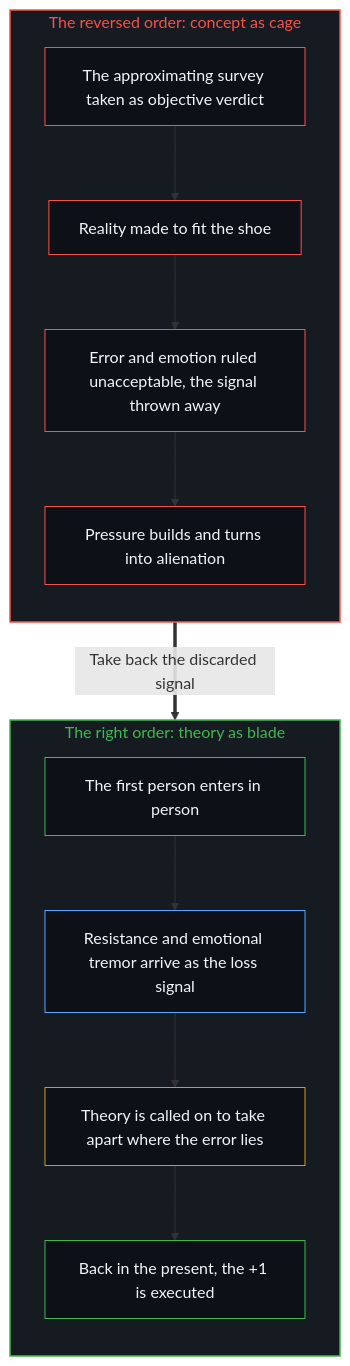
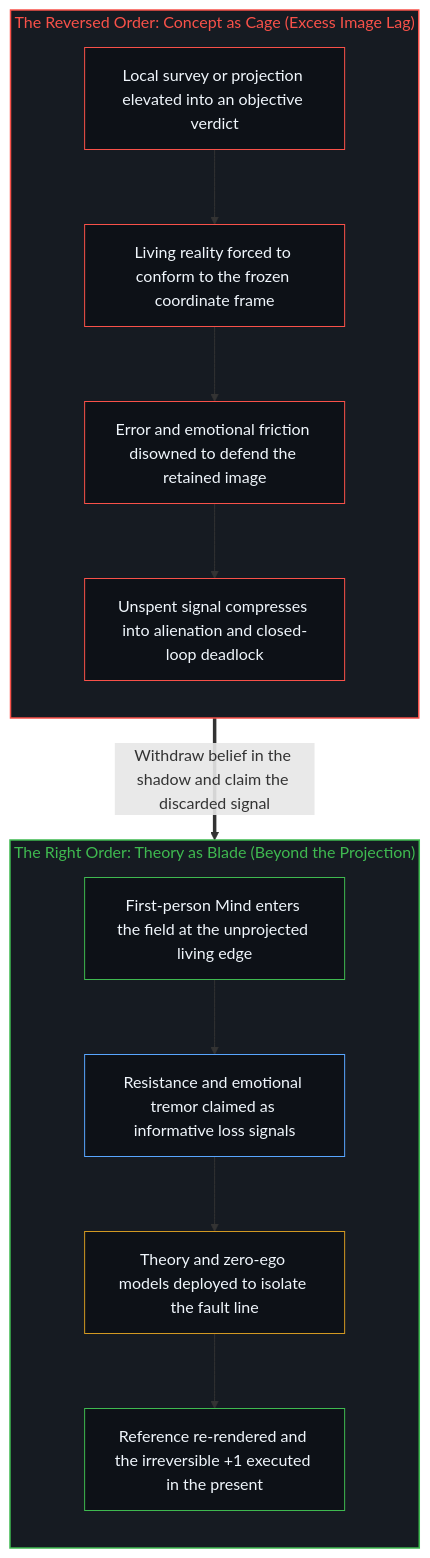
One commit to powerpig99/not-a-toe changed the second of 2 diagrams in content/posts/po-chu-gai-nian-de-jian-yue.md. Above: the diagram before and after it, drawn with Mermaid. The commit also changed other lines of this file and 1 other file, not shown here.

````diff
--- a/content/posts/po-chu-gai-nian-de-jian-yue.md
+++ b/content/posts/po-chu-gai-nian-de-jian-yue.md
@@ -126,30 +110,30 @@
 ```mermaid
 flowchart TD
-    subgraph S_Rev["The reversed order: concept as cage"]
+    subgraph S_Rev["The Reversed Order: Concept as Cage (Excess Image Lag)"]
         direction TB
-        R1["The approximating survey taken as objective verdict"]
-        R2["Reality made to fit the shoe"]
-        R3["Error and emotion ruled unacceptable, the signal thrown away"]
-        R4["Pressure builds and turns into alienation"]
+        R1["Local survey or projection elevated into an objective verdict"]
+        R2["Living reality forced to conform to the frozen coordinate frame"]
+        R3["Error and emotional friction disowned to defend the retained image"]
+        R4["Unspent signal compresses into alienation and closed-loop deadlock"]
     end
-    subgraph S_Right["The right order: theory as blade"]
+    subgraph S_Right["The Right Order: Theory as Blade (Beyond the Projection)"]
         direction TB
-        G1["The first person enters in person"]
-        G2["Resistance and emotional tremor arrive as the loss signal"]
-        G3["Theory is called on to take apart where the error lies"]
-        G4["Back in the present, the +1 is executed"]
+        G1["First-person Mind enters the field at the unprojected living edge"]
+        G2["Resistance and emotional tremor claimed as informative loss signals"]
+        G3["Theory and zero-ego models deployed to isolate the fault line"]
+        G4["Reference re-rendered and the irreversible +1 executed in the present"]
     end
     R1 --> R2 --> R3 --> R4
     G1 --> G2 --> G3 --> G4
-    R4 ==>|"Take back the discarded signal"| G1
+    R4 ==>|"Withdraw belief in the shadow and claim the discarded signal"| G1
     style S_Rev fill:#161b22,stroke:#f85149,stroke-width:1.5px,color:#f85149
     style S_Right fill:#161b22,stroke:#3fb950,stroke-width:1.5px,color:#3fb950
     style R1 fill:#0d1117,stroke:#f85149,stroke-width:1px,color:#f0f6fc
     style R2 fill:#0d1117,stroke:#f85149,stroke-width:1px,color:#f0f6fc
     style R3 fill:#0d1117,stroke:#f85149,stroke-width:1px,color:#f0f6fc
     style R4 fill:#0d1117,stroke:#f85149,stroke-width:1px,color:#f0f6fc
     style G1 fill:#0d1117,stroke:#3fb950,stroke-width:1px,color:#f0f6fc
     style G2 fill:#0d1117,stroke:#58a6ff,stroke-width:1px,color:#f0f6fc
     style G3 fill:#0d1117,stroke:#d29922,stroke-width:1px,color:#f0f6fc
     style G4 fill:#0d1117,stroke:#3fb950,stroke-width:1px,color:#f0f6fc
 ```
````
